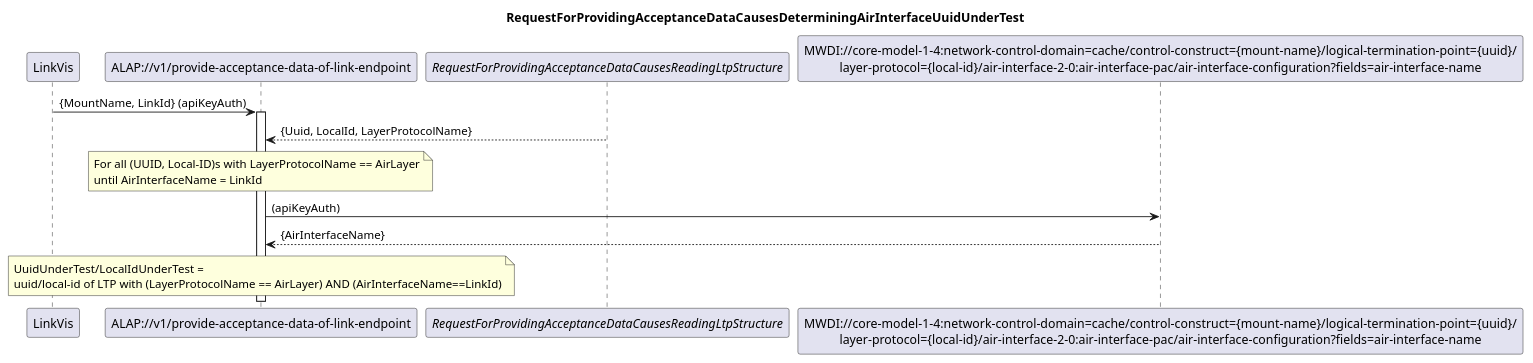
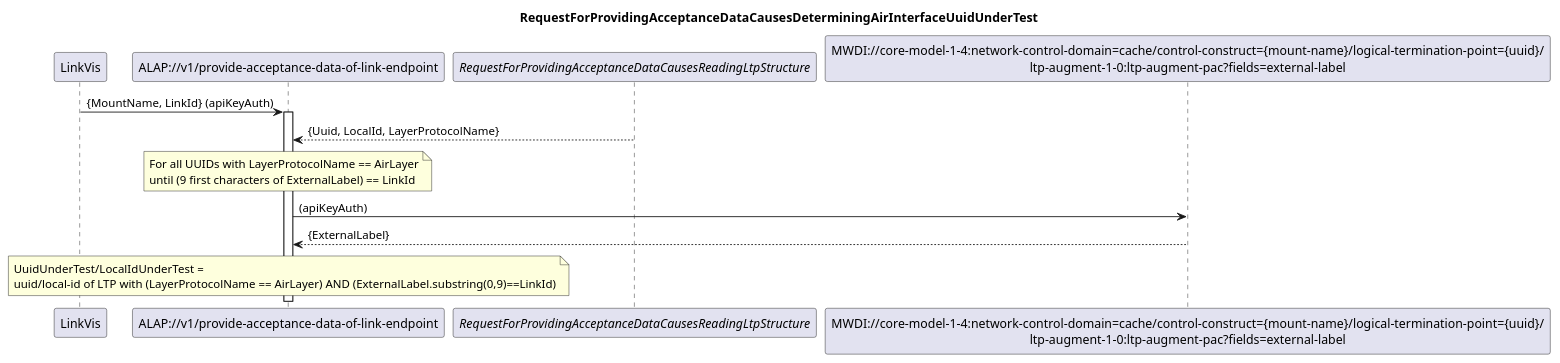
One commit to openBackhaul/AccessPlanningToolProxy changed the diagram in spec/diagrams/101_DeterminingAirInterfaceUnderTest.plantuml. Above: the diagram before and after it, drawn with PlantUML. The commit also changed 8 other files, not shown here.

First line of the commit message:
Replace airInterfaceName by externalLabel (#166)

```diff
--- a/spec/diagrams/101_DeterminingAirInterfaceUnderTest.plantuml
+++ b/spec/diagrams/101_DeterminingAirInterfaceUnderTest.plantuml
@@ -1,31 +1,31 @@
 @startuml 101_DeterminingAirInterfaceUnderTest
 skinparam responseMessageBelowArrow true
 
 title
 RequestForProvidingAcceptanceDataCausesDeterminingAirInterfaceUuidUnderTest
 end title
 
 participant "LinkVis" as LinkVis
 participant "ALAP://v1/provide-acceptance-data-of-link-endpoint" as ALAP
 participant "<i>RequestForProvidingAcceptanceDataCausesReadingLtpStructure</i>" as LTPs
-participant "MWDI://core-model-1-4:network-control-domain=cache/control-construct={mount-name}/logical-termination-point={uuid}/\nlayer-protocol={local-id}/air-interface-2-0:air-interface-pac/air-interface-configuration?fields=air-interface-name" as AirInterfaceName
+participant "MWDI://core-model-1-4:network-control-domain=cache/control-construct={mount-name}/logical-termination-point={uuid}/\nltp-augment-1-0:ltp-augment-pac?fields=external-label" as ExternalLabel
 
 LinkVis -> ALAP: {MountName, LinkId} (apiKeyAuth)
 activate ALAP
 
 LTPs --> ALAP: {Uuid, LocalId, LayerProtocolName}
 
 note over ALAP
-For all (UUID, Local-ID)s with LayerProtocolName == AirLayer
-until AirInterfaceName = LinkId
+For all UUIDs with LayerProtocolName == AirLayer
+until (9 first characters of ExternalLabel) == LinkId
 end note
 
-ALAP -> AirInterfaceName: (apiKeyAuth)
-AirInterfaceName --> ALAP: {AirInterfaceName}
+ALAP -> ExternalLabel: (apiKeyAuth)
+ExternalLabel --> ALAP: {ExternalLabel}
 
 note over ALAP
 UuidUnderTest/LocalIdUnderTest = 
-uuid/local-id of LTP with (LayerProtocolName == AirLayer) AND (AirInterfaceName==LinkId)
+uuid/local-id of LTP with (LayerProtocolName == AirLayer) AND (ExternalLabel.substring(0,9)==LinkId)
 end note
 
 @enduml
```
